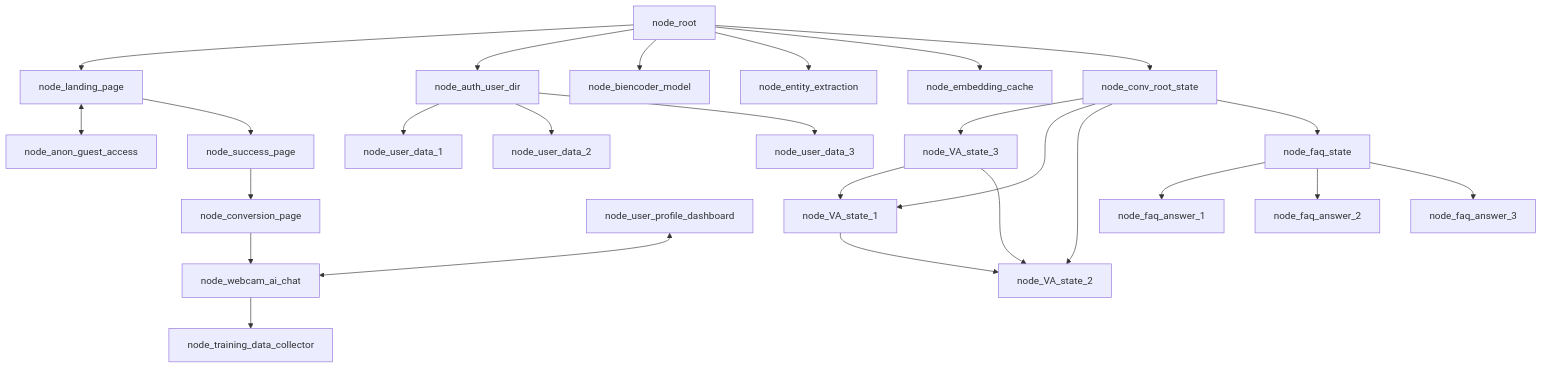
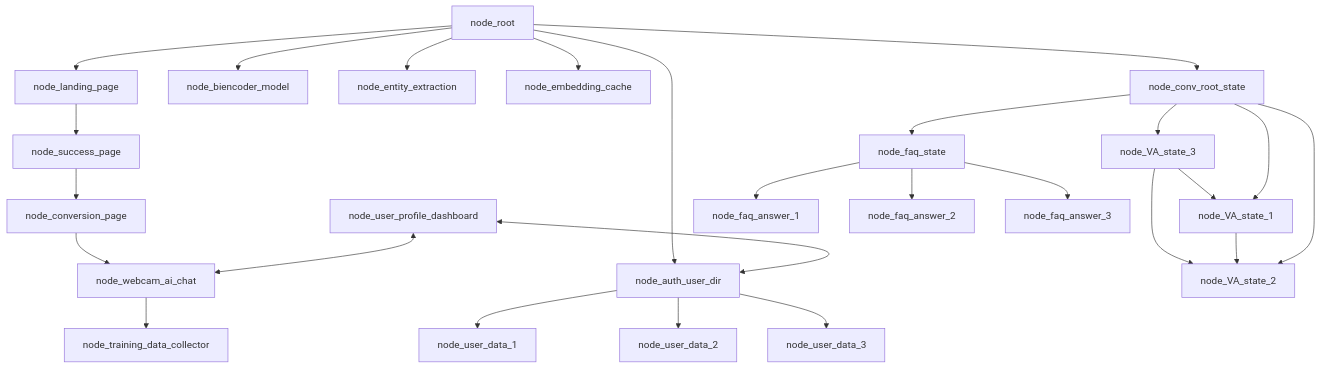
One commit to WrappedUsername/doggy-decoder-jac changed the first of 2 diagrams in README.md. Above: the diagram before and after it, drawn with Mermaid.

````diff
--- a/README.md
+++ b/README.md
@@ -19,28 +19,28 @@
 ```mermaid
 graph TD;
     node_root-->node_landing_page
-    node_landing_page<-->node_anon_guest_access
     node_landing_page-->node_success_page
     node_success_page-->node_conversion_page
     node_conversion_page-->node_webcam_ai_chat
     node_user_profile_dashboard<-->node_webcam_ai_chat
     node_webcam_ai_chat-->node_training_data_collector
     node_root-->node_auth_user_dir
     node_root-->node_biencoder_model
     node_root-->node_entity_extraction
     node_root-->node_embedding_cache
     node_root-->node_conv_root_state
     node_conv_root_state-->node_VA_state_3
     node_VA_state_3-->node_VA_state_1
     node_VA_state_3-->node_VA_state_2
     node_VA_state_1-->node_VA_state_2
     node_conv_root_state-->node_VA_state_1
     node_conv_root_state-->node_VA_state_2
     node_conv_root_state-->node_faq_state
     node_faq_state-->node_faq_answer_1
     node_faq_state-->node_faq_answer_2
     node_faq_state-->node_faq_answer_3
     node_auth_user_dir-->node_user_data_1
     node_auth_user_dir-->node_user_data_2
     node_auth_user_dir-->node_user_data_3
+    node_user_profile_dashboard<-->node_auth_user_dir
 ```
````
